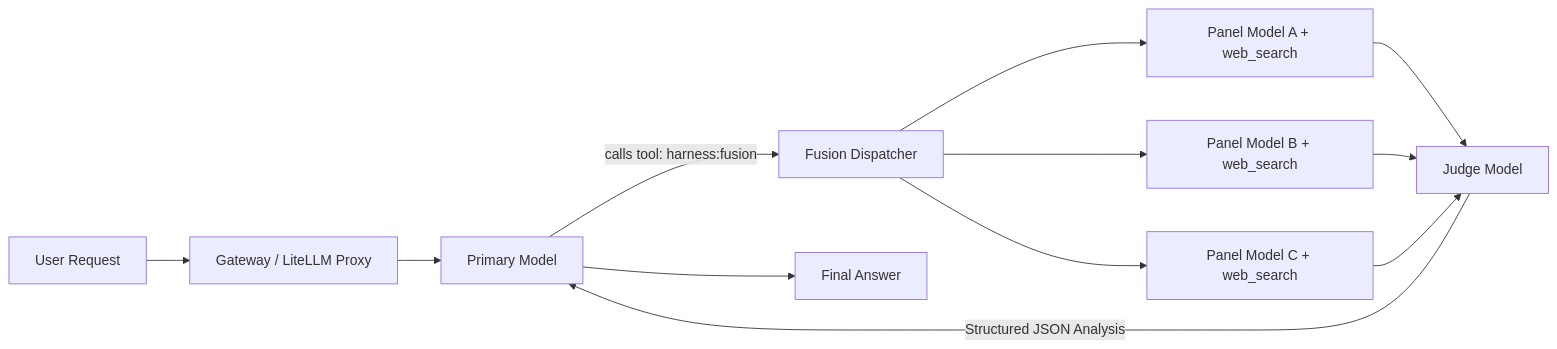
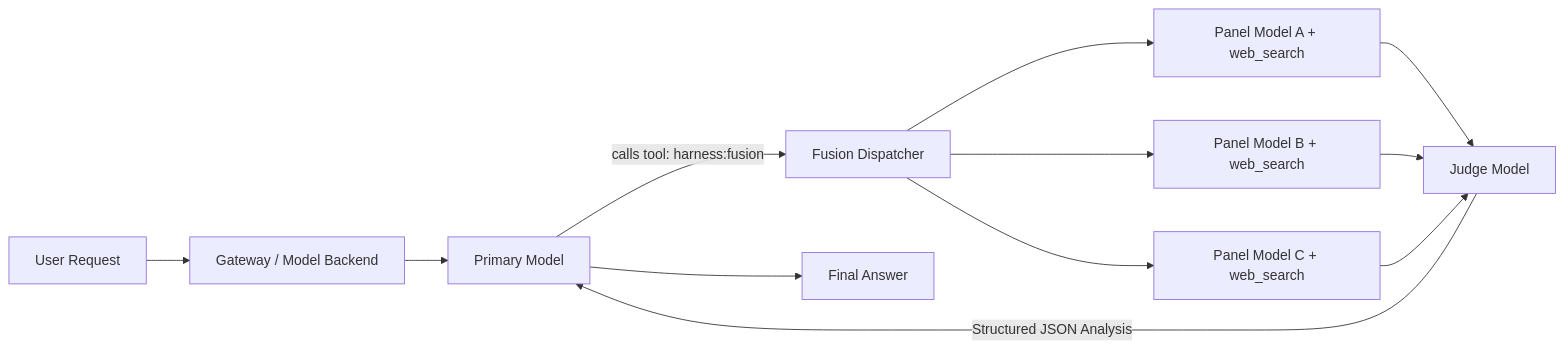
Before and after one commit to mrgizmo212/make-no-mistakes: the second of 3 diagrams in 06_subagents/multi_model_deliberation_and_swarms.md, drawn with Mermaid. The commit also changed other lines of this file and 13 other files, not shown here.

First line of the commit message:
De-bias ebook: LiteLLM is optional, not the default model backend.

````diff
--- a/06_subagents/multi_model_deliberation_and_swarms.md
+++ b/06_subagents/multi_model_deliberation_and_swarms.md
@@ -280,14 +280,14 @@
 ```mermaid
 flowchart LR
-    User[User Request] --> Gateway[Gateway / LiteLLM Proxy]
+    User[User Request] --> Gateway[Gateway / Model Backend]
     Gateway --> Primary[Primary Model]
     Primary -- "calls tool: harness:fusion" --> Dispatcher[Fusion Dispatcher]
     Dispatcher --> Panel_A[Panel Model A + web_search]
     Dispatcher --> Panel_B[Panel Model B + web_search]
     Dispatcher --> Panel_C[Panel Model C + web_search]
     Panel_A --> Judge[Judge Model]
     Panel_B --> Judge
     Panel_C --> Judge
     Judge -- "Structured JSON Analysis" --> Primary
     Primary --> FinalAnswer[Final Answer]
 ```
````
